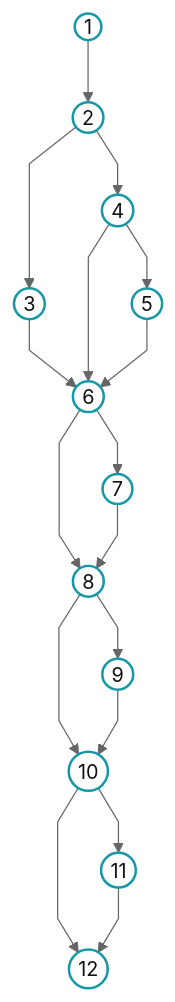
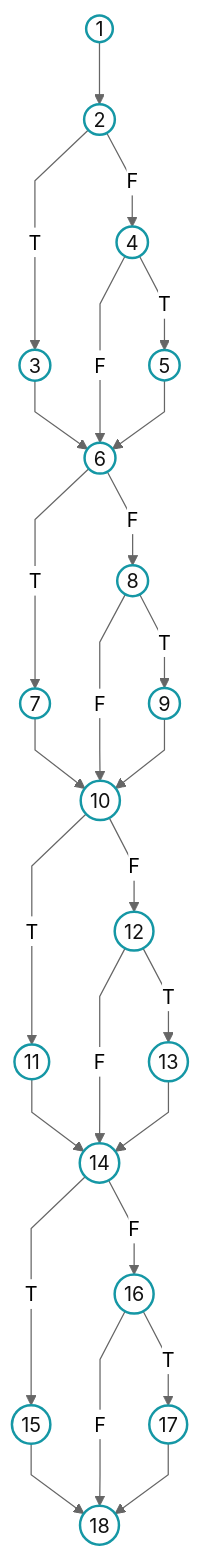
The diagram in docs/TEST-17.md (truongduoc1512/Testing), drawn with Mermaid (neutral theme) before and after one commit. The commit also changed other lines of this file and 35 other files, not shown here.

````diff
--- a/docs/TEST-17.md
+++ b/docs/TEST-17.md
@@ -167,27 +167,36 @@
 ```mermaid
 ---
 config:
   flowchart:
     curve: linear
 ---
 flowchart TD
     N1(("1")) --> N2(("2"))
-    N2 --> N3(("3"))
-    N2 --> N4(("4"))
+    N2 -- "T" --> N3(("3"))
+    N2 -- "F" --> N4(("4"))
     N3 --> N6(("6"))
-    N4 --> N5(("5"))
-    N4 --> N6
+    N4 -- "T" --> N5(("5"))
+    N4 -- "F" --> N6
     N5 --> N6
-    N6 --> N7(("7"))
-    N6 --> N8(("8"))
-    N7 --> N8
-    N8 --> N9(("9"))
-    N8 --> N10(("10"))
+    N6 -- "T" --> N7(("7"))
+    N6 -- "F" --> N8(("8"))
+    N7 --> N10(("10"))
+    N8 -- "T" --> N9(("9"))
+    N8 -- "F" --> N10
     N9 --> N10
-    N10 --> N11(("11"))
-    N10 --> N12(("12"))
-    N11 --> N12
+    N10 -- "T" --> N11(("11"))
+    N10 -- "F" --> N12(("12"))
+    N11 --> N14(("14"))
+    N12 -- "T" --> N13(("13"))
+    N12 -- "F" --> N14
+    N13 --> N14
+    N14 -- "T" --> N15(("15"))
+    N14 -- "F" --> N16(("16"))
+    N15 --> N18(("18"))
+    N16 -- "T" --> N17(("17"))
+    N16 -- "F" --> N18
+    N17 --> N18
 
     classDef cfgNode fill:#ffffff,stroke:#1597a5,stroke-width:2px,color:#111111;
-    class N1,N2,N3,N4,N5,N6,N7,N8,N9,N10,N11,N12 cfgNode;
+    class N1,N2,N3,N4,N5,N6,N7,N8,N9,N10,N11,N12,N13,N14,N15,N16,N17,N18 cfgNode;
 ```
````
